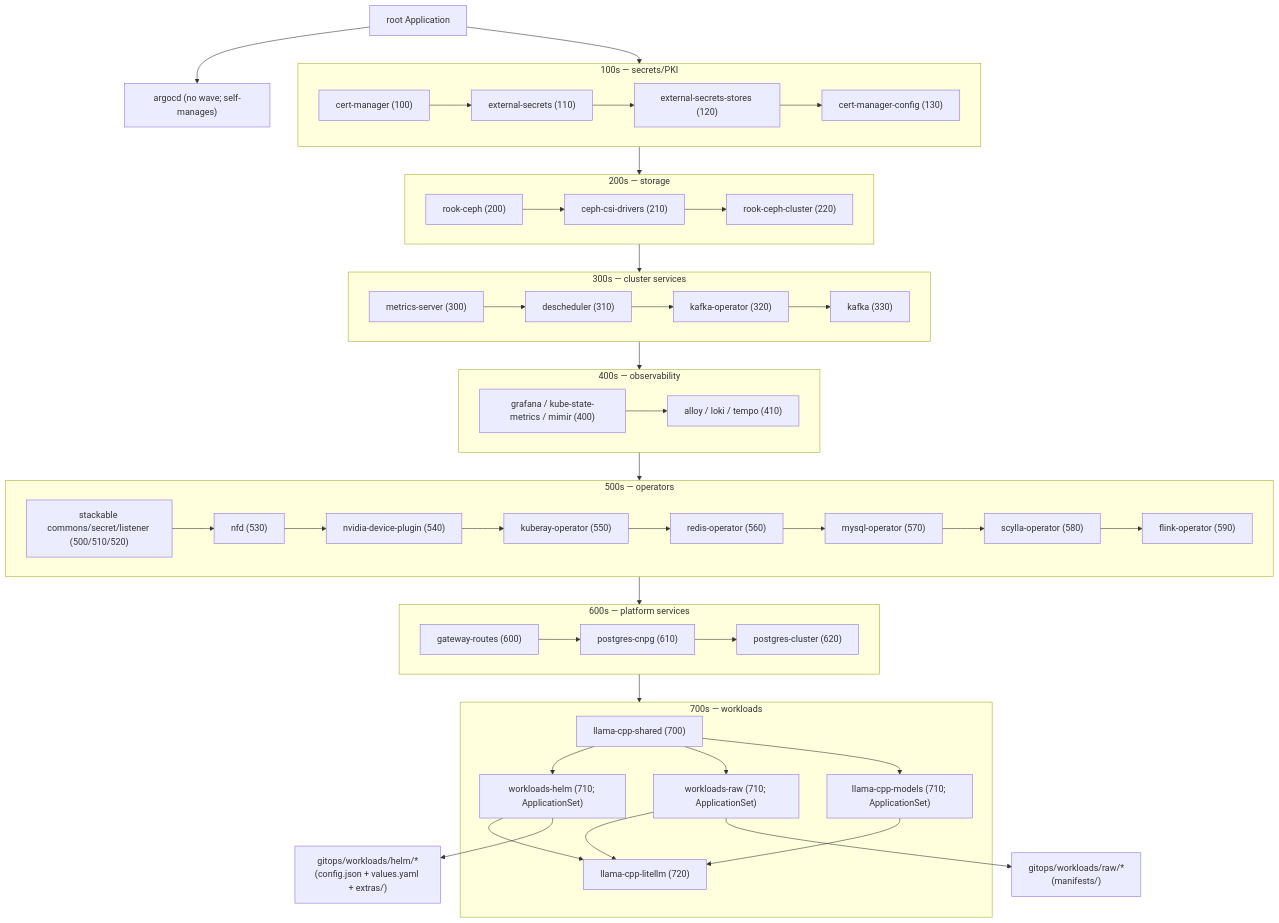
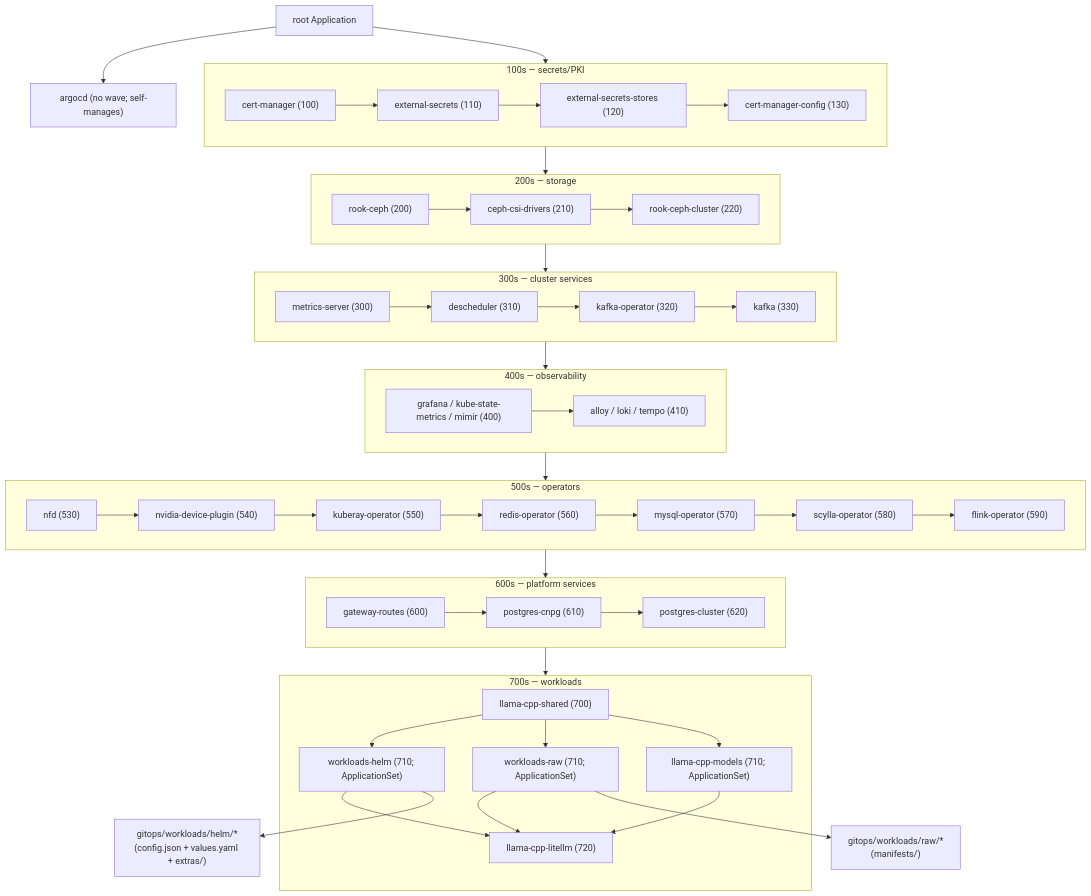
One commit to hangxie/homelab changed the diagram in README.md. Above: the diagram before and after it, drawn with Mermaid. The commit also changed 25 other files, not shown here.

````diff
--- a/README.md
+++ b/README.md
@@ -32,62 +32,61 @@
 ```mermaid
 flowchart TD
     root["root Application"]
     argocd["argocd (no wave; self-manages)"]
     root --> argocd
     root --> secrets
 
     subgraph secrets["100s — secrets/PKI"]
         cert-manager["cert-manager (100)"] --> external-secrets["external-secrets (110)"]
         external-secrets --> stores["external-secrets-stores (120)"]
         stores --> cm-config["cert-manager-config (130)"]
     end
 
     subgraph storage["200s — storage"]
         rook-ceph["rook-ceph (200)"] --> csi["ceph-csi-drivers (210)"]
         csi --> ceph-cluster["rook-ceph-cluster (220)"]
     end
 
     subgraph cluster-svcs["300s — cluster services"]
         metrics-server["metrics-server (300)"] --> descheduler["descheduler (310)"]
         descheduler --> kafka-operator["kafka-operator (320)"]
         kafka-operator --> kafka["kafka (330)"]
     end
 
     subgraph observability["400s — observability"]
         metrics["grafana / kube-state-metrics / mimir (400)"] --> telemetry["alloy / loki / tempo (410)"]
     end
 
     subgraph operators["500s — operators"]
-        stackable["stackable commons/secret/listener (500/510/520)"] --> nfd["nfd (530)"]
-        nfd --> nvidia["nvidia-device-plugin (540)"]
+        nfd["nfd (530)"] --> nvidia["nvidia-device-plugin (540)"]
         nvidia --> kuberay["kuberay-operator (550)"]
         kuberay --> redis-op["redis-operator (560)"]
         redis-op --> mysql-op["mysql-operator (570)"]
         mysql-op --> scylla-op["scylla-operator (580)"]
         scylla-op --> flink-op["flink-operator (590)"]
     end
 
     subgraph platform-svcs["600s — platform services"]
         gateway-routes["gateway-routes (600)"] --> cnpg["postgres-cnpg (610)"]
         cnpg --> pg-cluster["postgres-cluster (620)"]
     end
 
     subgraph workloads["700s — workloads"]
         llama-shared["llama-cpp-shared (700)"]
         wl-helm["workloads-helm (710; ApplicationSet)"]
         wl-raw["workloads-raw (710; ApplicationSet)"]
         llama-models["llama-cpp-models (710; ApplicationSet)"]
         litellm["llama-cpp-litellm (720)"]
         llama-shared --> wl-helm
         llama-shared --> wl-raw
         llama-shared --> llama-models
         wl-helm --> litellm
         wl-raw --> litellm
         llama-models --> litellm
     end
 
     secrets --> storage --> cluster-svcs --> observability --> operators --> platform-svcs --> workloads
 
     wl-helm --> helm-apps["gitops/workloads/helm/*<br>(config.json + values.yaml + extras/)"]
     wl-raw --> raw-apps["gitops/workloads/raw/*<br>(manifests/)"]
 ```
````
